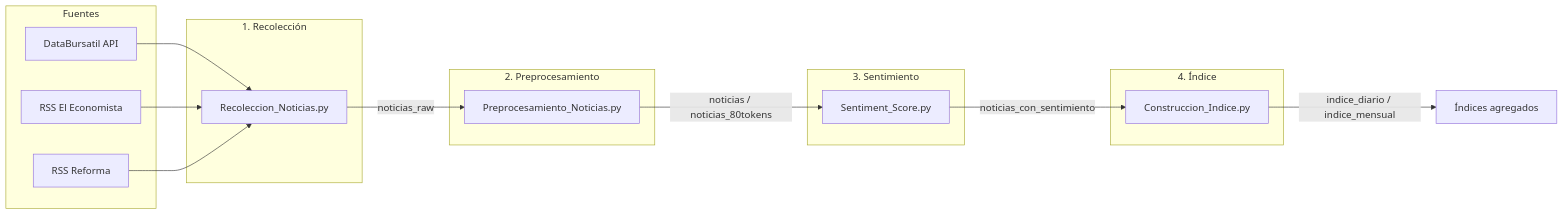
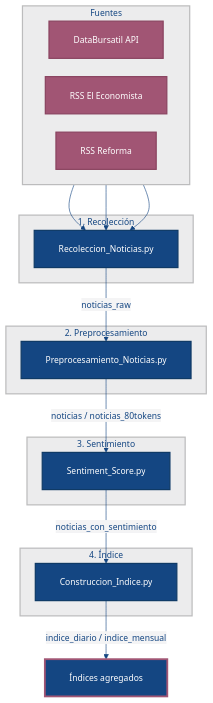
One commit to estefany-moreno/News-Sentiment-Index-INEGI changed the diagram in README.md. Above: the diagram before and after it, drawn with Mermaid.

````diff
--- a/README.md
+++ b/README.md
@@ -11,32 +11,65 @@
 ```mermaid
-flowchart LR
-    subgraph Fuentes
-        A[DataBursatil API]
-        B[RSS El Economista]
-        C[RSS Reforma]
+%%{init: {
+  'theme': 'base',
+  'themeVariables': {
+    'fontFamily': 'Segoe UI, system-ui, sans-serif',
+    'fontSize': '14px',
+    'lineColor': '#144682',
+    'primaryTextColor': '#144682',
+    'edgeLabelBackground': '#f4f4f5'
+  },
+  'flowchart': {
+    'curve': 'basis',
+    'padding': 20,
+    'nodeSpacing': 30,
+    'rankSpacing': 50
+  }
+}}%%
+flowchart TB
+    subgraph Fuentes["Fuentes"]
+        direction LR
+        A["DataBursatil API"]
+        B["RSS El Economista"]
+        C["RSS Reforma"]
     end
 
     subgraph Etapa1["1. Recolección"]
-        R[Recoleccion_Noticias.py]
+        R["Recoleccion_Noticias.py"]
     end
 
     subgraph Etapa2["2. Preprocesamiento"]
-        P[Preprocesamiento_Noticias.py]
+        P["Preprocesamiento_Noticias.py"]
     end
 
     subgraph Etapa3["3. Sentimiento"]
-        S[Sentiment_Score.py]
+        S["Sentiment_Score.py"]
     end
 
     subgraph Etapa4["4. Índice"]
-        I[Construccion_Indice.py]
+        I["Construccion_Indice.py"]
     end
+
+    OUT["Índices agregados"]
 
     A --> R
     B --> R
     C --> R
-    R -->|noticias_raw| P
-    P -->|noticias / noticias_80tokens| S
-    S -->|noticias_con_sentimiento| I
-    I -->|indice_diario / indice_mensual| OUT[Índices agregados]
+    R -->|"noticias_raw"| P
+    P -->|"noticias / noticias_80tokens"| S
+    S -->|"noticias_con_sentimiento"| I
+    I -->|"indice_diario / indice_mensual"| OUT
+
+    classDef fuente fill:#a15574,stroke:#8a4460,color:#ffffff,stroke-width:2px
+    classDef etapa fill:#144682,stroke:#0f3a66,color:#ffffff,stroke-width:2px
+    classDef salida fill:#144682,stroke:#a15574,color:#ffffff,stroke-width:3px
+
+    class A,B,C fuente
+    class R,P,S,I etapa
+    class OUT salida
+
+    style Fuentes fill:#ececed,stroke:#bcbcbd,stroke-width:2px,color:#144682
+    style Etapa1 fill:#ececed,stroke:#bcbcbd,stroke-width:2px,color:#144682
+    style Etapa2 fill:#ececed,stroke:#bcbcbd,stroke-width:2px,color:#144682
+    style Etapa3 fill:#ececed,stroke:#bcbcbd,stroke-width:2px,color:#144682
+    style Etapa4 fill:#ececed,stroke:#bcbcbd,stroke-width:2px,color:#144682
 ```
````
